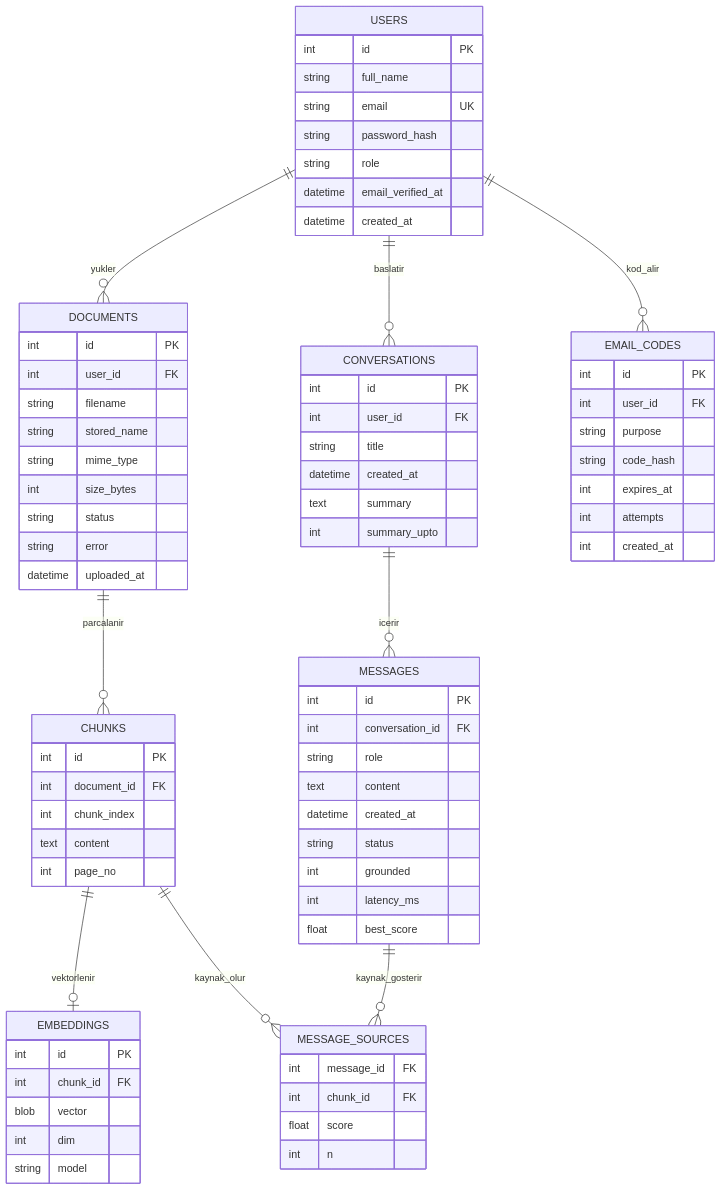
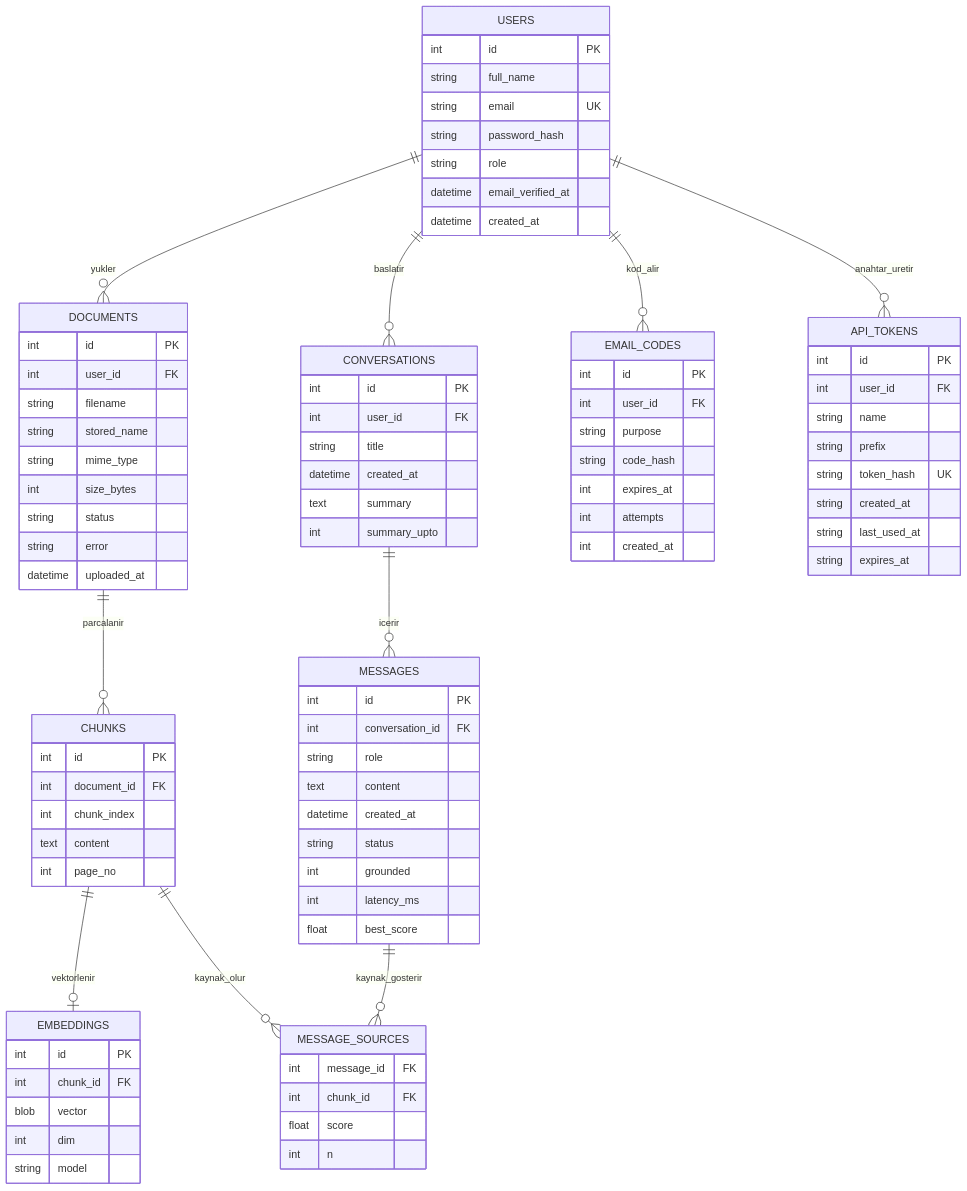
Before and after one commit to sametdogangun713-gif/P55-RAG-Assistant-backend: the diagram in docs/er-diyagrami.md, drawn with Mermaid. The commit also changed other lines of this file and 13 other files, not shown here.

````diff
--- a/docs/er-diyagrami.md
+++ b/docs/er-diyagrami.md
@@ -14,6 +14,7 @@
     MESSAGES ||--o{ MESSAGE_SOURCES : kaynak_gosterir
     CHUNKS ||--o{ MESSAGE_SOURCES : kaynak_olur
     USERS ||--o{ EMAIL_CODES : kod_alir
+    USERS ||--o{ API_TOKENS : anahtar_uretir
 
     USERS {
         int id PK
@@ -83,4 +84,14 @@
         int attempts
         int created_at
     }
+    API_TOKENS {
+        int id PK
+        int user_id FK
+        string name
+        string prefix
+        string token_hash UK
+        string created_at
+        string last_used_at
+        string expires_at
+    }
 ```
````
